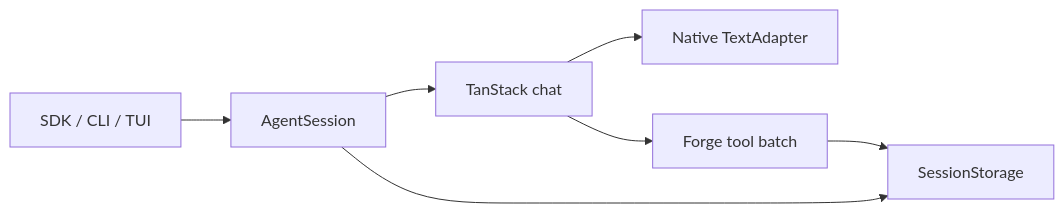
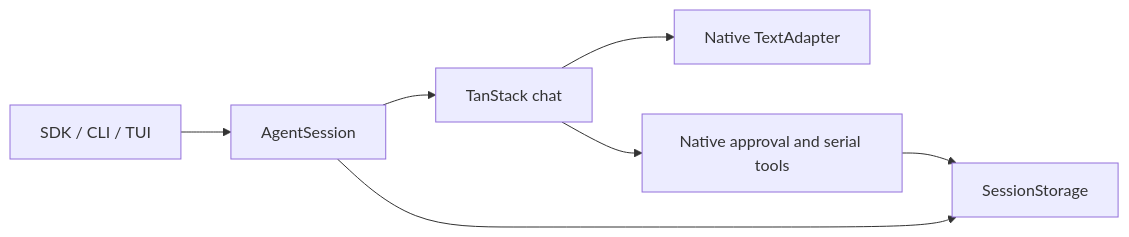
One commit to L-1ngg/forge-agent changed the diagram in README.md. Above: the diagram before and after it, drawn with Mermaid. The commit also changed other lines of this file and 36 other files, not shown here.

Commit message:
refactor(core): use native tool approval and interruption (#39)

````diff
--- a/README.md
+++ b/README.md
@@ -201,9 +201,9 @@
 ```mermaid
 flowchart LR
   H[SDK / CLI / TUI] --> S[AgentSession]
   S --> C[TanStack chat]
   C --> A[Native TextAdapter]
-  C --> T[Forge tool batch]
+  C --> T[Native approval and serial tools]
   S --> D[SessionStorage]
   T --> D
 ```
````
